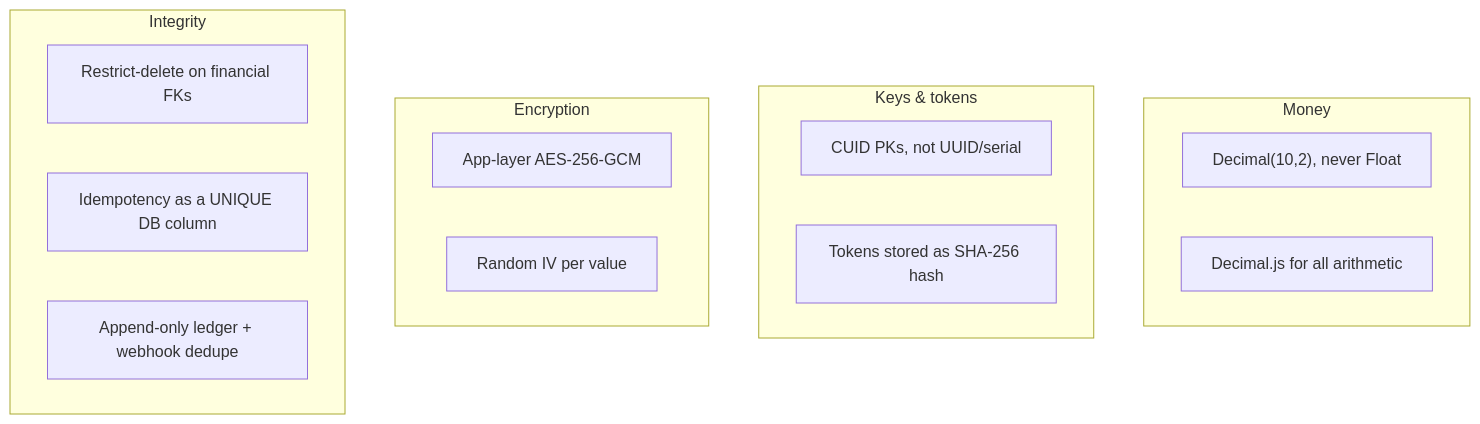
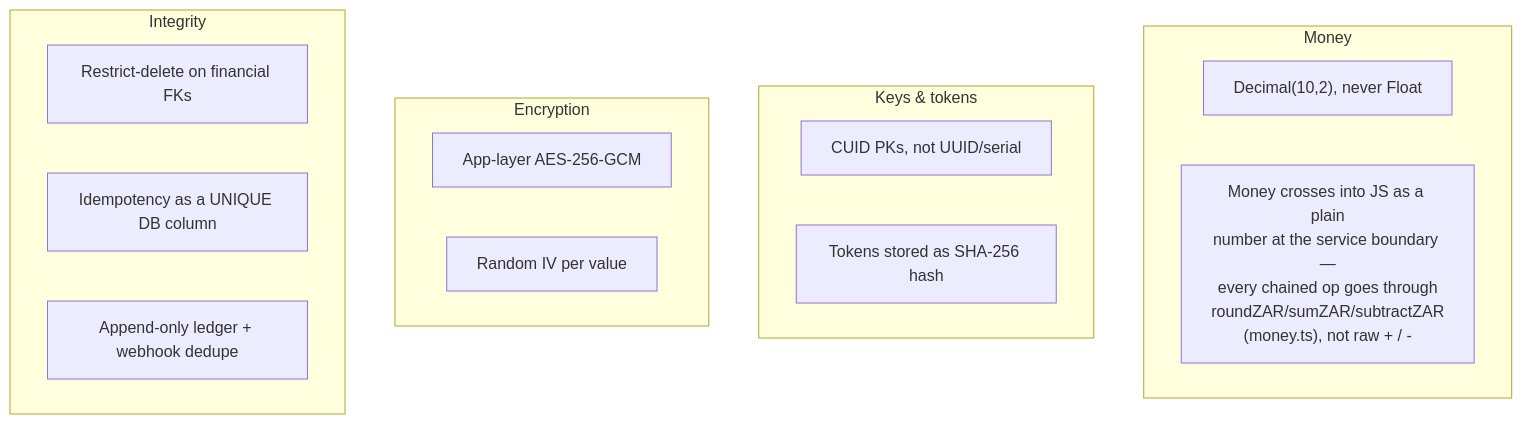
The first of 2 diagrams in docs/database/03-schema-design.md (KSDRILL-SA/Xkimi-Xa-Mali), drawn with Mermaid before and after one commit. The commit also changed other lines of this file and 5 other files, not shown here.

````diff
--- a/docs/database/03-schema-design.md
+++ b/docs/database/03-schema-design.md
@@ -5,20 +5,20 @@
 ```mermaid
 flowchart TD
     subgraph MONEY["Money"]
         D1["Decimal(10,2), never Float"]
-        D2["Decimal.js for all arithmetic"]
+        D2["Money crosses into JS as a plain<br/>number at the service boundary —<br/>every chained op goes through<br/>roundZAR/sumZAR/subtractZAR<br/>(money.ts), not raw + / -"]
     end
     subgraph KEYS["Keys & tokens"]
         D3["CUID PKs, not UUID/serial"]
         D4["Tokens stored as SHA-256 hash"]
     end
     subgraph CRYPTO["Encryption"]
         D5["App-layer AES-256-GCM"]
         D6["Random IV per value"]
     end
     subgraph INTEGRITY["Integrity"]
         D7["Restrict-delete on financial FKs"]
         D8["Idempotency as a UNIQUE DB column"]
         D9["Append-only ledger + webhook dedupe"]
     end
 ```
````
